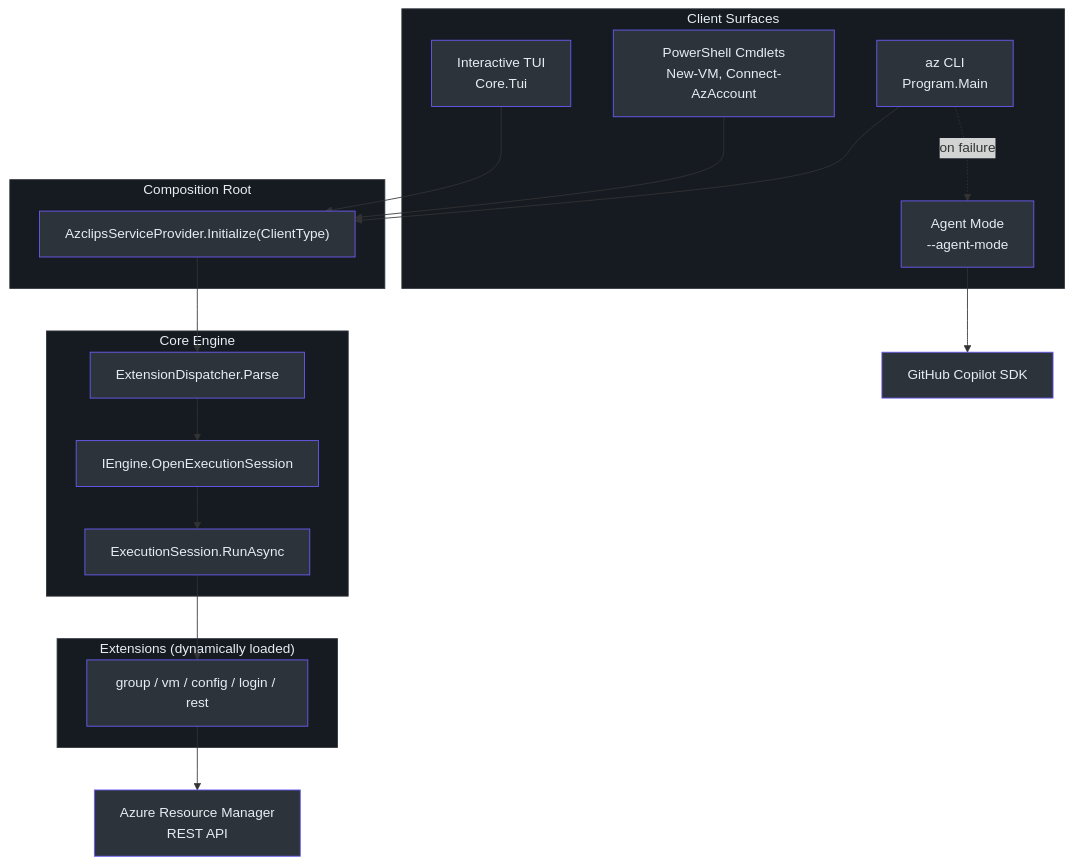
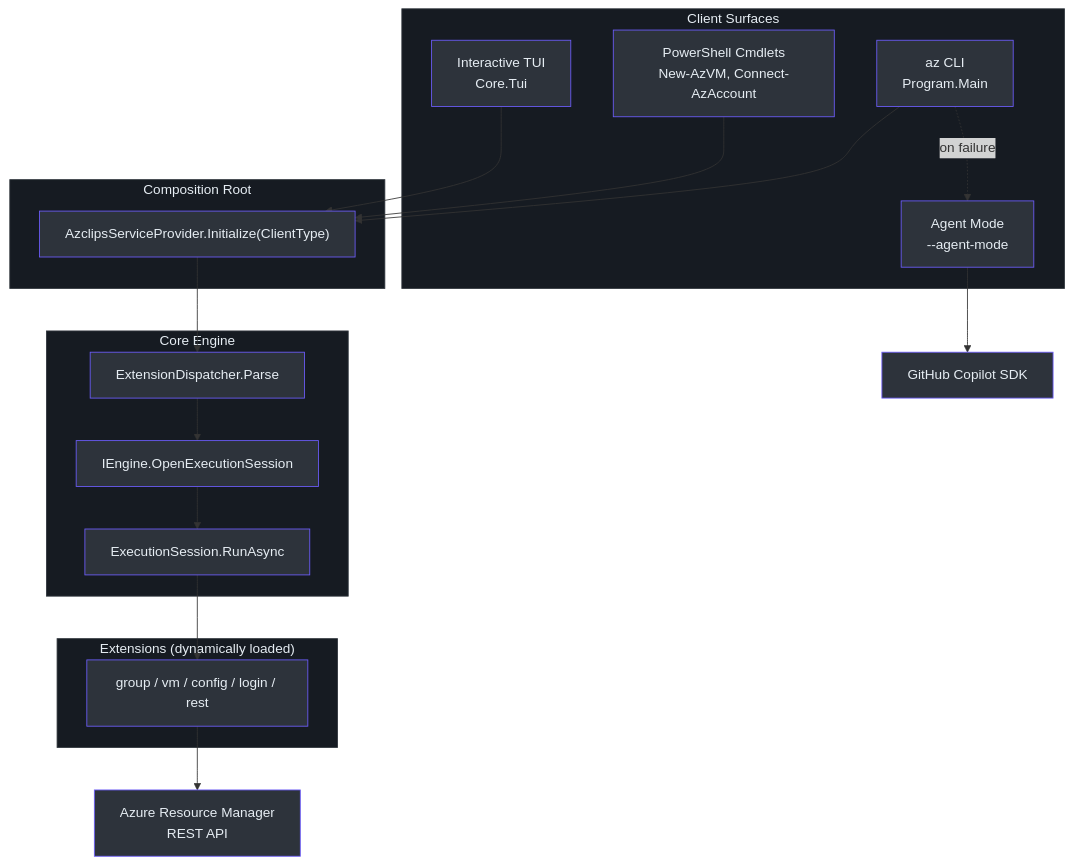
One commit to Azure/azclips changed the first of 3 diagrams in wiki/01-getting-started/overview.md. Above: the diagram before and after it, drawn with Mermaid. The commit also changed 49 other files, not shown here.

First line of the commit message:
Rename Compute/Resources PowerShell cmdlets to Az-prefixed Azure PowerShell names

````diff
--- a/wiki/01-getting-started/overview.md
+++ b/wiki/01-getting-started/overview.md
@@ -30,49 +30,49 @@
 ```mermaid
 graph TB
     subgraph clients["Client Surfaces"]
         CLI["az CLI<br>Program.Main"]
-        PS["PowerShell Cmdlets<br>New-VM, Connect-AzAccount"]
+        PS["PowerShell Cmdlets<br>New-AzVM, Connect-AzAccount"]
         TUI["Interactive TUI<br>Core.Tui"]
         AGENT["Agent Mode<br>--agent-mode"]
     end
 
     subgraph root["Composition Root"]
         DI["AzclipsServiceProvider.Initialize(ClientType)"]
     end
 
     subgraph core["Core Engine"]
         DISP["ExtensionDispatcher.Parse"]
         ENG["IEngine.OpenExecutionSession"]
         SESS["ExecutionSession.RunAsync"]
     end
 
     subgraph ext["Extensions (dynamically loaded)"]
         EXT["group / vm / config / login / rest"]
     end
 
     ARM["Azure Resource Manager<br>REST API"]
     COPILOT["GitHub Copilot SDK"]
 
     CLI --> DI
     PS --> DI
     TUI --> DI
     DI --> DISP --> ENG --> SESS --> EXT --> ARM
     CLI -. "on failure" .-> AGENT
     AGENT --> COPILOT
 
     style CLI fill:#2d333b,stroke:#6d5dfc,color:#e6edf3
     style PS fill:#2d333b,stroke:#6d5dfc,color:#e6edf3
     style TUI fill:#2d333b,stroke:#6d5dfc,color:#e6edf3
     style AGENT fill:#2d333b,stroke:#6d5dfc,color:#e6edf3
     style DI fill:#2d333b,stroke:#6d5dfc,color:#e6edf3
     style DISP fill:#2d333b,stroke:#6d5dfc,color:#e6edf3
     style ENG fill:#2d333b,stroke:#6d5dfc,color:#e6edf3
     style SESS fill:#2d333b,stroke:#6d5dfc,color:#e6edf3
     style EXT fill:#2d333b,stroke:#6d5dfc,color:#e6edf3
     style ARM fill:#2d333b,stroke:#6d5dfc,color:#e6edf3
     style COPILOT fill:#2d333b,stroke:#6d5dfc,color:#e6edf3
     style clients fill:#161b22,stroke:#30363d,color:#e6edf3
     style root fill:#161b22,stroke:#30363d,color:#e6edf3
     style core fill:#161b22,stroke:#30363d,color:#e6edf3
     style ext fill:#161b22,stroke:#30363d,color:#e6edf3
 ```
````
